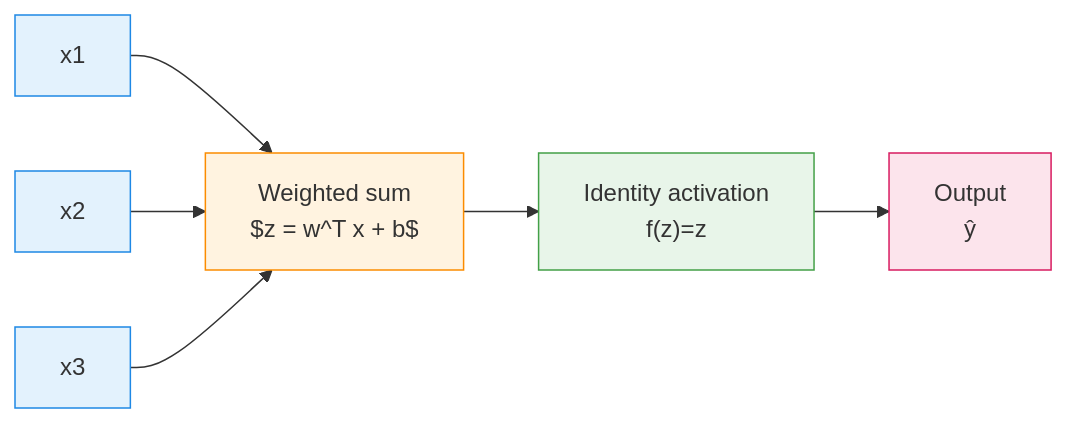
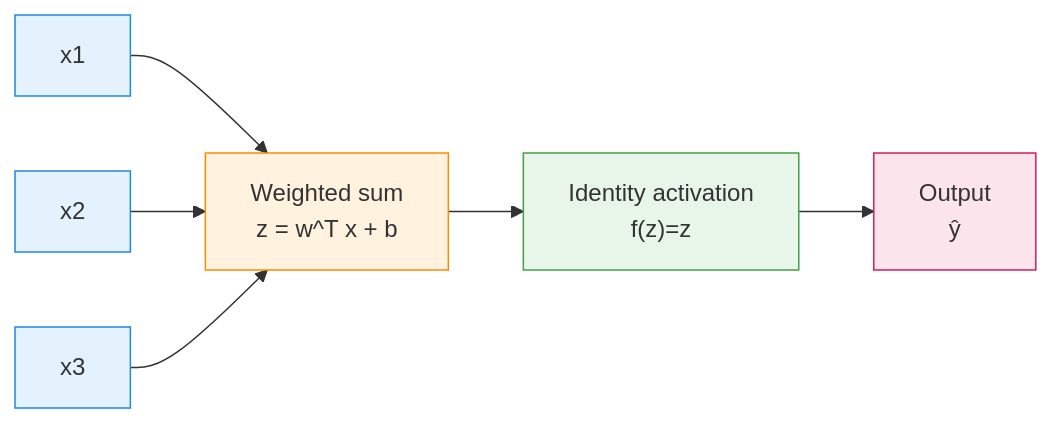
The second of 3 diagrams in content/docs/ai/deep-learning/linear-neural-networks-for-regression.md (arshadhs/arshadhs.github.io), drawn with Mermaid before and after one commit. The commit also changed 1 other file, not shown here.

```diff
--- a/content/docs/ai/deep-learning/linear-neural-networks-for-regression.md
+++ b/content/docs/ai/deep-learning/linear-neural-networks-for-regression.md
@@ -94,16 +94,16 @@
 {{< mermaid >}}
 flowchart LR
-  X1["x1"] --> S["Weighted sum<br/>$z = w^T x + b$"]
+  X1["x1"] --> S["Weighted sum<br/>z = w^T x + b"]
   X2["x2"] --> S
   X3["x3"] --> S
   S --> A["Identity activation<br/>f(z)=z"]
   A --> Y["Output<br/>ŷ"]
 
   %% Pastel colour scheme
   style X1 fill:#E3F2FD,stroke:#1E88E5,stroke-width:1px
   style X2 fill:#E3F2FD,stroke:#1E88E5,stroke-width:1px
   style X3 fill:#E3F2FD,stroke:#1E88E5,stroke-width:1px
   style S  fill:#FFF3E0,stroke:#FB8C00,stroke-width:1px
   style A  fill:#E8F5E9,stroke:#43A047,stroke-width:1px
   style Y  fill:#FCE4EC,stroke:#D81B60,stroke-width:1px
 {{< /mermaid >}}
```
